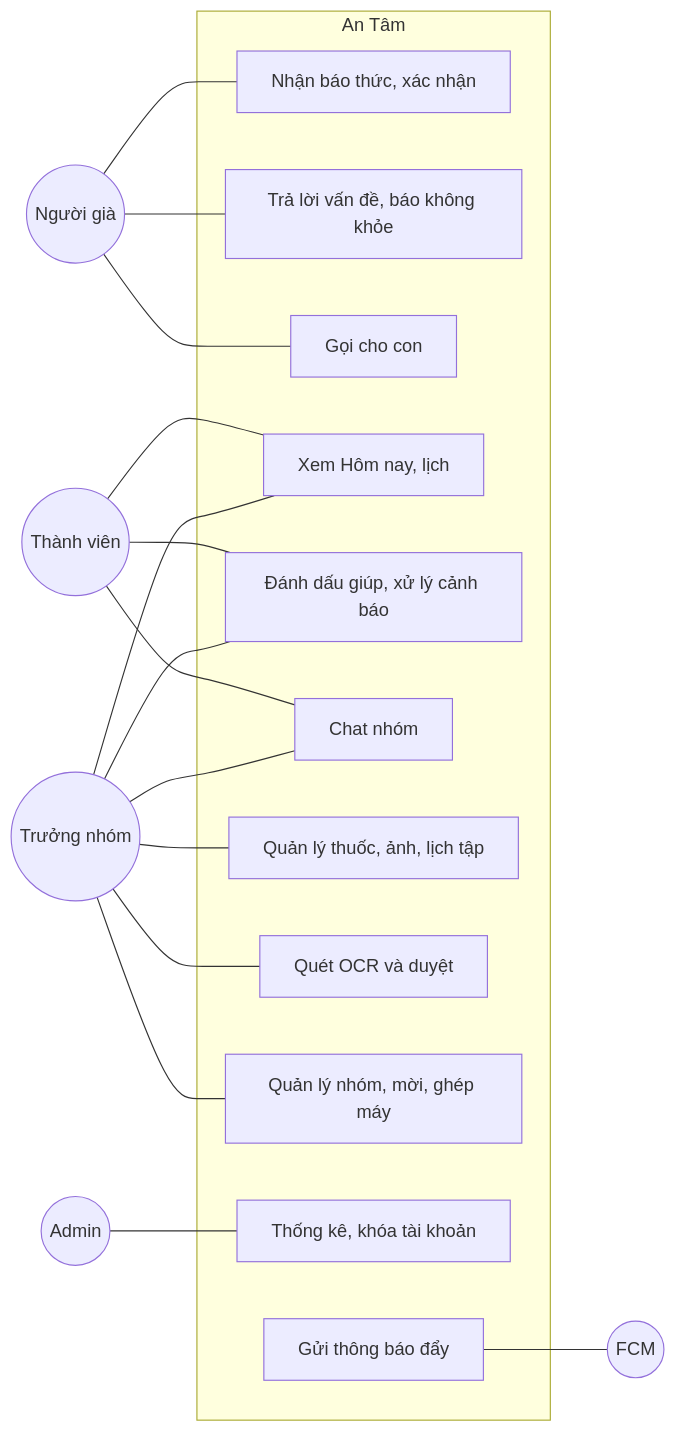
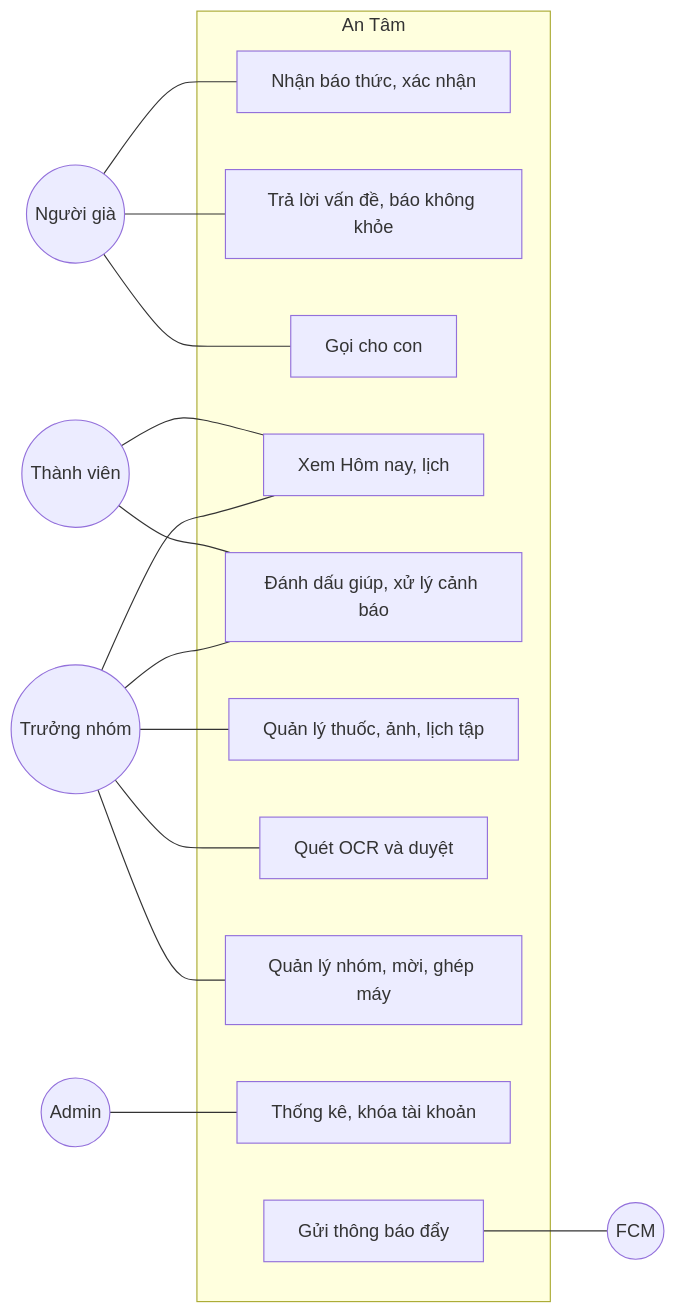
The first of 4 diagrams in docs/report/BAO_CAO.md (tien15092005/an-tam), drawn with Mermaid before and after one commit. The commit also changed other lines of this file and 80 other files, not shown here.

````diff
--- a/docs/report/BAO_CAO.md
+++ b/docs/report/BAO_CAO.md
@@ -56,26 +55,25 @@
 ```mermaid
 flowchart LR
   E((Người già))
   O((Trưởng nhóm))
   M((Thành viên))
   AD((Admin))
   F((FCM))
   subgraph An Tâm
     U1[Nhận báo thức, xác nhận]
     U2[Trả lời vấn đề, báo không khỏe]
     U3[Gọi cho con]
     U4[Xem Hôm nay, lịch]
     U5[Đánh dấu giúp, xử lý cảnh báo]
-    U6[Chat nhóm]
     U7[Quản lý thuốc, ảnh, lịch tập]
     U8[Quét OCR và duyệt]
     U9[Quản lý nhóm, mời, ghép máy]
     U10[Thống kê, khóa tài khoản]
     U11[Gửi thông báo đẩy]
   end
   E --- U1 & U2 & U3
-  M --- U4 & U5 & U6
-  O --- U4 & U5 & U6 & U7 & U8 & U9
+  M --- U4 & U5
+  O --- U4 & U5 & U7 & U8 & U9
   AD --- U10
   U11 --- F
 ```
````
